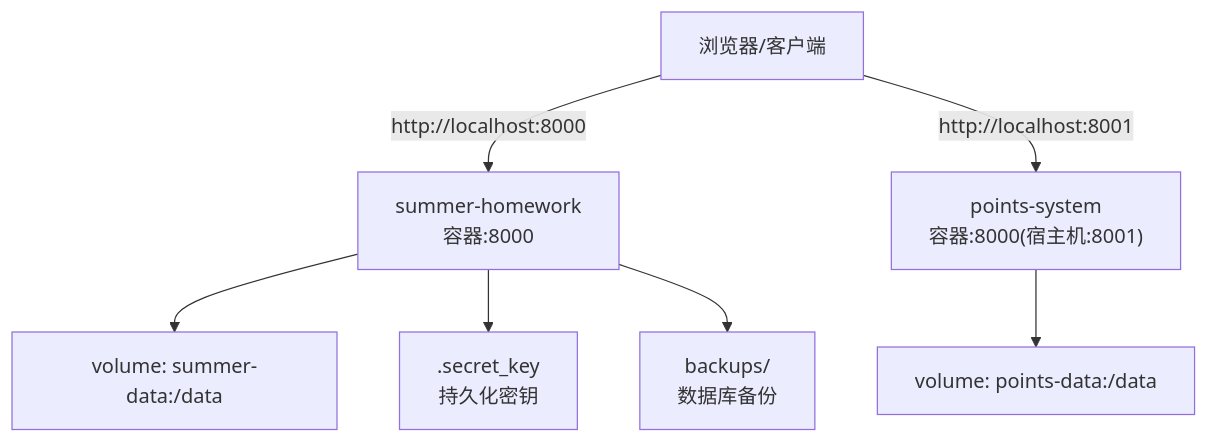
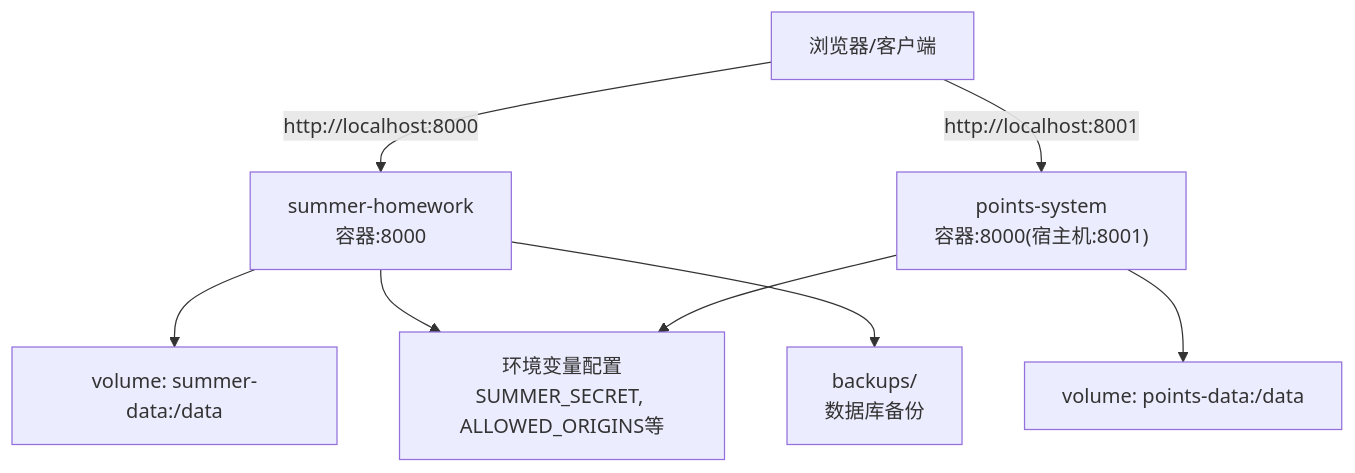
Before and after one commit to onebody/homework: the second of 5 diagrams in .qoder/repowiki/zh/content/部署与运维指南/Docker容器化部署.md, drawn with Mermaid. The commit also changed other lines of this file and 14 other files, not shown here.

````diff
--- a/.qoder/repowiki/zh/content/部署与运维指南/Docker容器化部署.md
+++ b/.qoder/repowiki/zh/content/部署与运维指南/Docker容器化部署.md
@@ -142,16 +148,17 @@
 ```mermaid
 graph TB
 Client["浏览器/客户端"]
 SH["summer-homework<br/>容器:8000"]
 PS["points-system<br/>容器:8000(宿主机:8001)"]
 VolSH["volume: summer-data:/data"]
 VolPS["volume: points-data:/data"]
-SecretFile[".secret_key<br/>持久化密钥"]
+EnvVars["环境变量配置<br/>SUMMER_SECRET, ALLOWED_ORIGINS等"]
 BackupDir["backups/<br/>数据库备份"]
 Client --> |http://localhost:8000| SH
 Client --> |http://localhost:8001| PS
 SH --> VolSH
 PS --> VolPS
-SH --> SecretFile
+SH --> EnvVars
+PS --> EnvVars
 SH --> BackupDir
 ```
````
